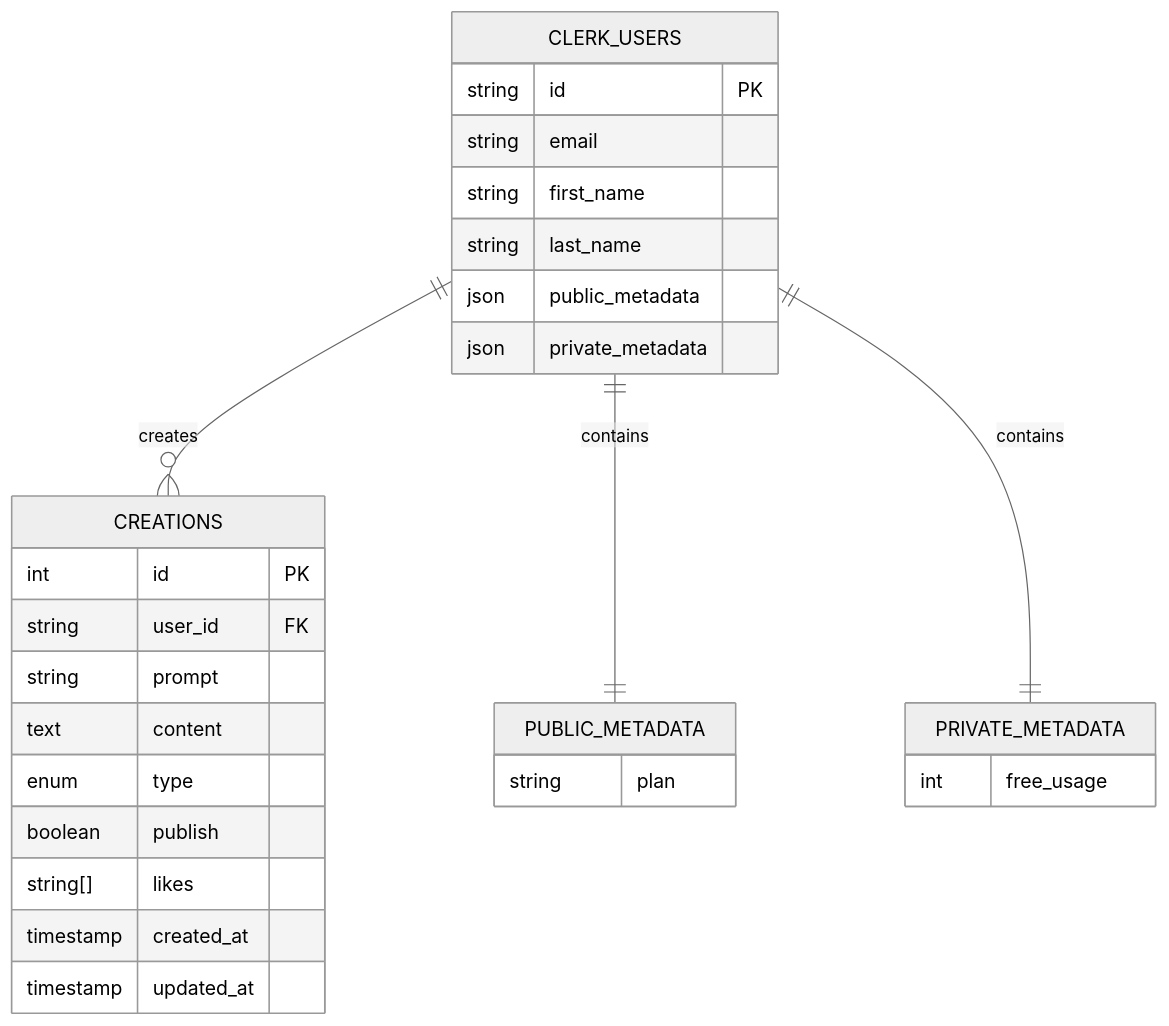
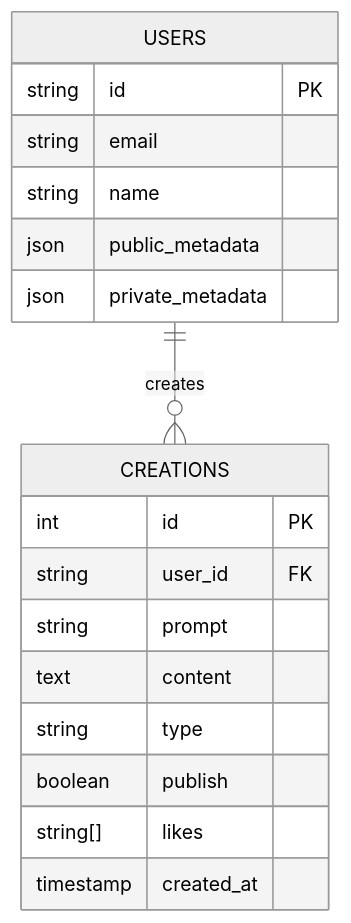
The third of 5 diagrams in README.md (VIKRAMANR7/ToolNest-AI), drawn with Mermaid (neutral theme) before and after one commit. The commit also changed other lines of this file and 22 other files, not shown here.

````diff
--- a/README.md
+++ b/README.md
@@ -144,36 +86,23 @@
 ```mermaid
 erDiagram
+    USERS ||--o{ CREATIONS : creates
+
+    USERS {
+        string id PK
+        string email
+        string name
+        json public_metadata
+        json private_metadata
+    }
+
     CREATIONS {
         int id PK
         string user_id FK
         string prompt
         text content
-        enum type
+        string type
         boolean publish
         string[] likes
         timestamp created_at
-        timestamp updated_at
     }
-
-    CLERK_USERS {
-        string id PK
-        string email
-        string first_name
-        string last_name
-        json public_metadata
-        json private_metadata
-    }
-
-    CLERK_USERS ||--o{ CREATIONS : creates
-
-    PUBLIC_METADATA {
-        string plan
-    }
-
-    PRIVATE_METADATA {
-        int free_usage
-    }
-
-    CLERK_USERS ||--|| PUBLIC_METADATA : contains
-    CLERK_USERS ||--|| PRIVATE_METADATA : contains
 ```
````
